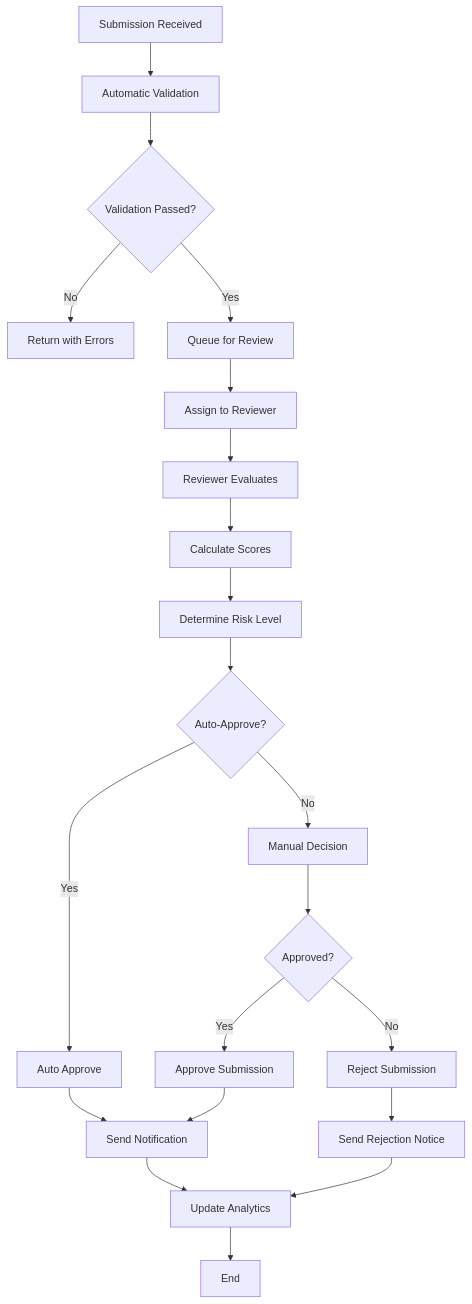
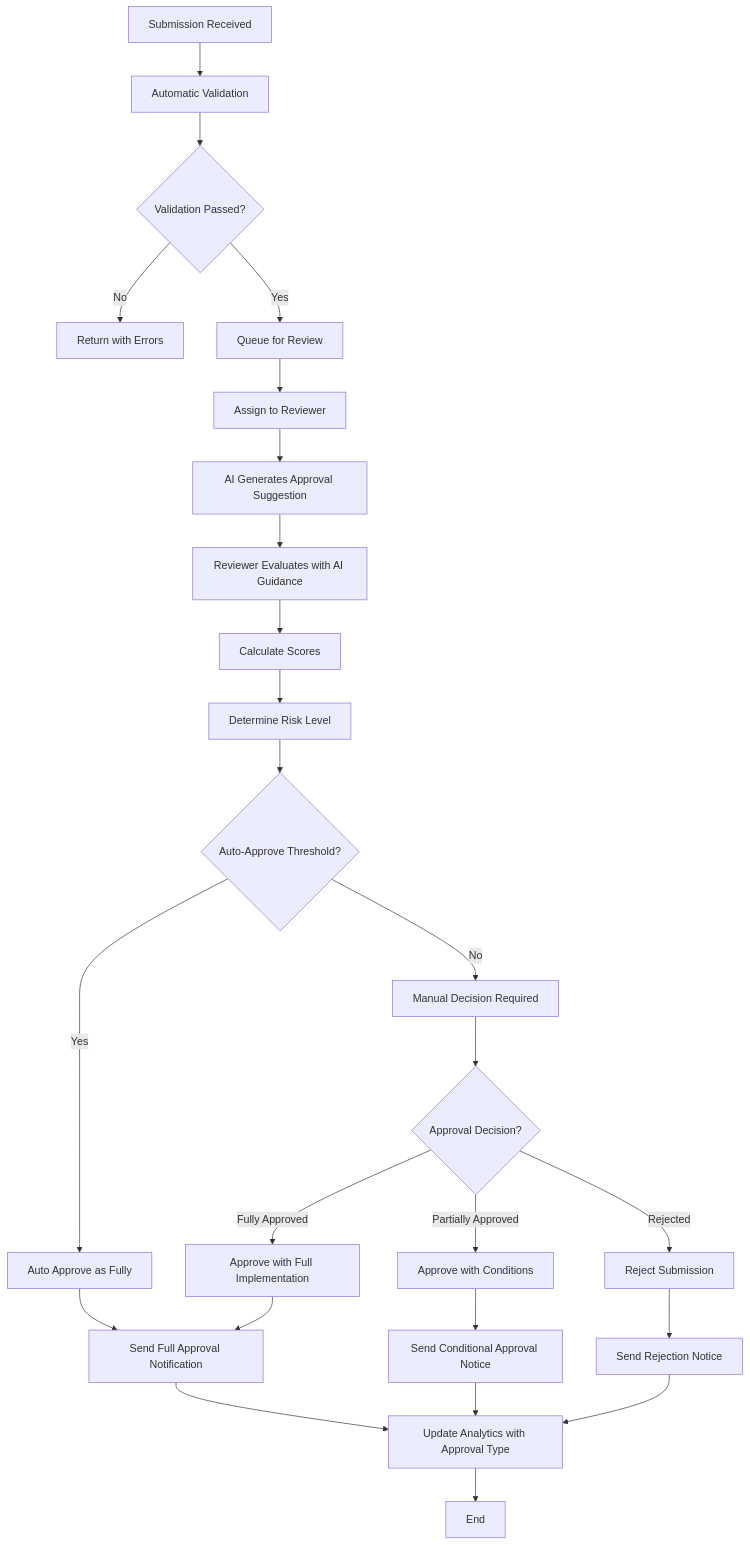
One commit to solidrange/solidrange-form-flow changed the fifth of 7 diagrams in SRS_DOCUMENT.md. Above: the diagram before and after it, drawn with Mermaid. The commit also changed other lines of this file and 4 other files, not shown here.

````diff
--- a/SRS_DOCUMENT.md
+++ b/SRS_DOCUMENT.md
@@ -452,23 +457,27 @@
 ```mermaid
 flowchart TD
     A[Submission Received] --> B[Automatic Validation]
     B --> C{Validation Passed?}
     C -->|No| D[Return with Errors]
     C -->|Yes| E[Queue for Review]
     E --> F[Assign to Reviewer]
-    F --> G[Reviewer Evaluates]
-    G --> H[Calculate Scores]
-    H --> I[Determine Risk Level]
-    I --> J{Auto-Approve?}
-    J -->|Yes| K[Auto Approve]
-    J -->|No| L[Manual Decision]
-    L --> M{Approved?}
-    M -->|Yes| N[Approve Submission]
-    M -->|No| O[Reject Submission]
-    K --> P[Send Notification]
-    N --> P
-    O --> Q[Send Rejection Notice]
-    P --> R[Update Analytics]
-    Q --> R
-    R --> S[End]
+    F --> G[AI Generates Approval Suggestion]
+    G --> H[Reviewer Evaluates with AI Guidance]
+    H --> I[Calculate Scores]
+    I --> J[Determine Risk Level]
+    J --> K{Auto-Approve Threshold?}
+    K -->|Yes| L[Auto Approve as Fully]
+    K -->|No| M[Manual Decision Required]
+    M --> N{Approval Decision?}
+    N -->|Fully Approved| O[Approve with Full Implementation]
+    N -->|Partially Approved| P[Approve with Conditions]
+    N -->|Rejected| Q[Reject Submission]
+    L --> R[Send Full Approval Notification]
+    O --> R
+    P --> S[Send Conditional Approval Notice]
+    Q --> T[Send Rejection Notice]
+    R --> U[Update Analytics with Approval Type]
+    S --> U
+    T --> U
+    U --> V[End]
 ```
````
